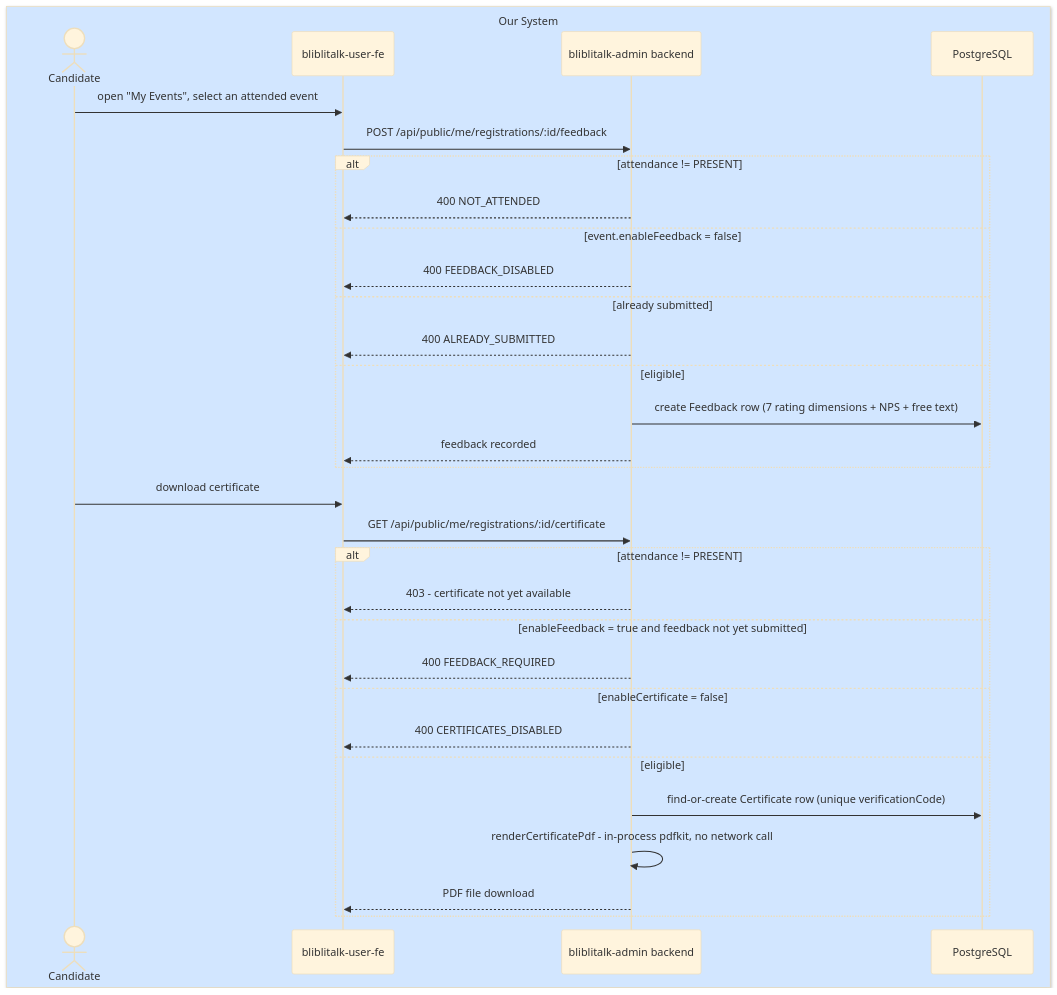
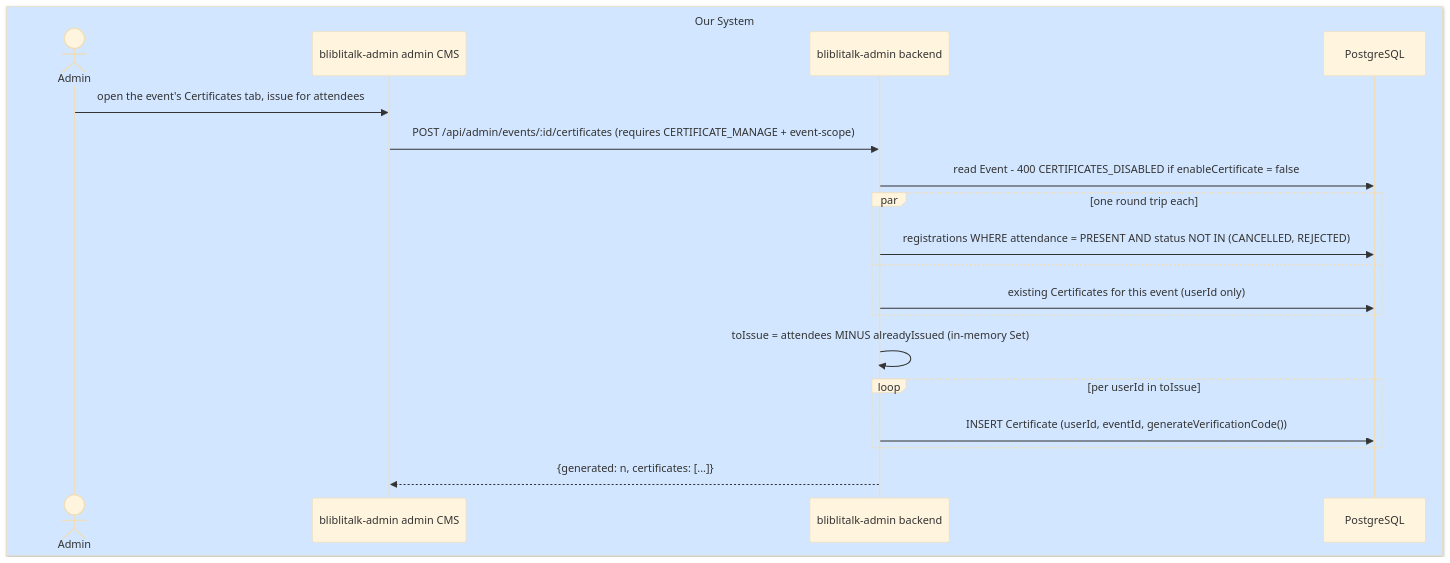
The eighth of 12 diagrams in docs/DESIGN.md (gdncomm-david-dk/bliblitalk-admin-panel), drawn with Mermaid (base theme) before and after one commit. The commit also changed other lines of this file, not shown here.

````diff
--- a/docs/DESIGN.md
+++ b/docs/DESIGN.md
@@ -416,38 +491,27 @@
 ```mermaid
 sequenceDiagram
     box rgb(210,230,255) Our System
-      actor Candidate
-      participant Portal as bliblitalk-user-fe
+      actor Admin
+      participant AdminFE as bliblitalk-admin admin CMS
       participant API as bliblitalk-admin backend
       participant DB as PostgreSQL
     end
 
-    Candidate->>Portal: open "My Events", select an attended event
-    Portal->>API: POST /api/public/me/registrations/:id/feedback
+    Admin->>AdminFE: open the event's Certificates tab, issue for attendees
+    AdminFE->>API: POST /api/admin/events/:id/certificates (requires CERTIFICATE_MANAGE + event-scope)
+    API->>DB: read Event - 400 CERTIFICATES_DISABLED if enableCertificate = false
 
-    alt attendance != PRESENT
-      API-->>Portal: 400 NOT_ATTENDED
-    else event.enableFeedback = false
-      API-->>Portal: 400 FEEDBACK_DISABLED
-    else already submitted
-      API-->>Portal: 400 ALREADY_SUBMITTED
-    else eligible
-      API->>DB: create Feedback row (7 rating dimensions + NPS + free text)
-      API-->>Portal: feedback recorded
+    par one round trip each
+      API->>DB: registrations WHERE attendance = PRESENT AND status NOT IN (CANCELLED, REJECTED)
+    and
+      API->>DB: existing Certificates for this event (userId only)
     end
 
-    Candidate->>Portal: download certificate
-    Portal->>API: GET /api/public/me/registrations/:id/certificate
+    API->>API: toIssue = attendees MINUS alreadyIssued (in-memory Set)
 
-    alt attendance != PRESENT
-      API-->>Portal: 403 - certificate not yet available
-    else enableFeedback = true and feedback not yet submitted
-      API-->>Portal: 400 FEEDBACK_REQUIRED
-    else enableCertificate = false
-      API-->>Portal: 400 CERTIFICATES_DISABLED
-    else eligible
-      API->>DB: find-or-create Certificate row (unique verificationCode)
-      API->>API: renderCertificatePdf - in-process pdfkit, no network call
-      API-->>Portal: PDF file download
+    loop per userId in toIssue
+      API->>DB: INSERT Certificate (userId, eventId, generateVerificationCode())
     end
+
+    API-->>AdminFE: {generated: n, certificates: [...]}
 ```
````
